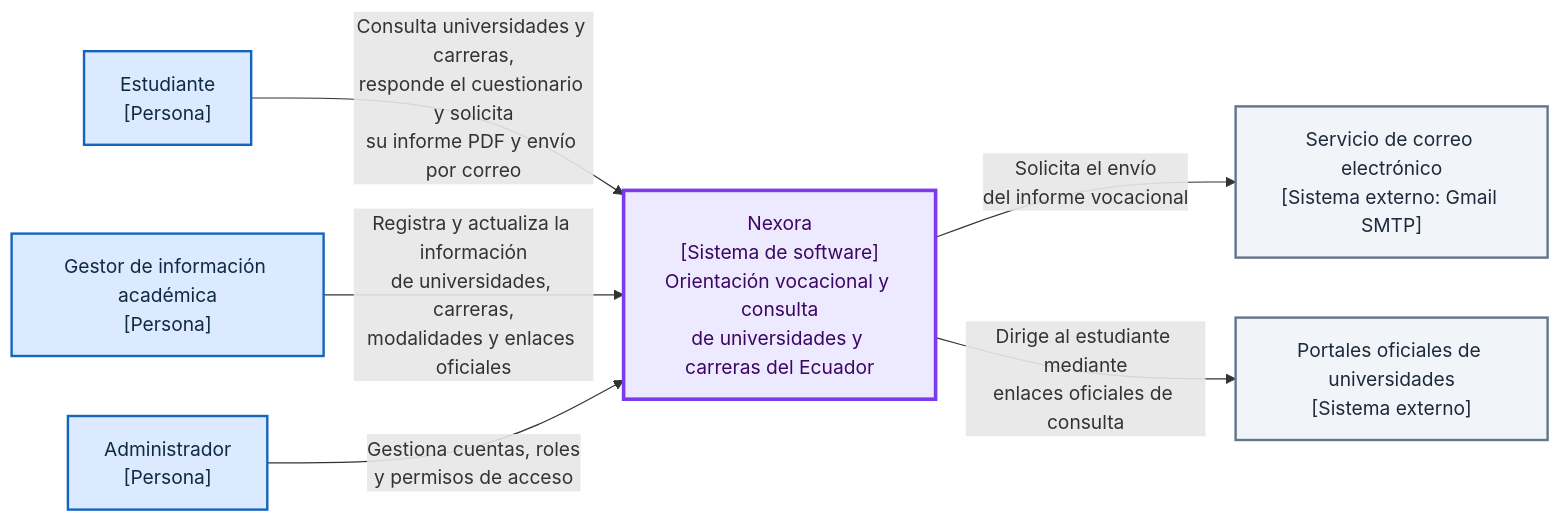
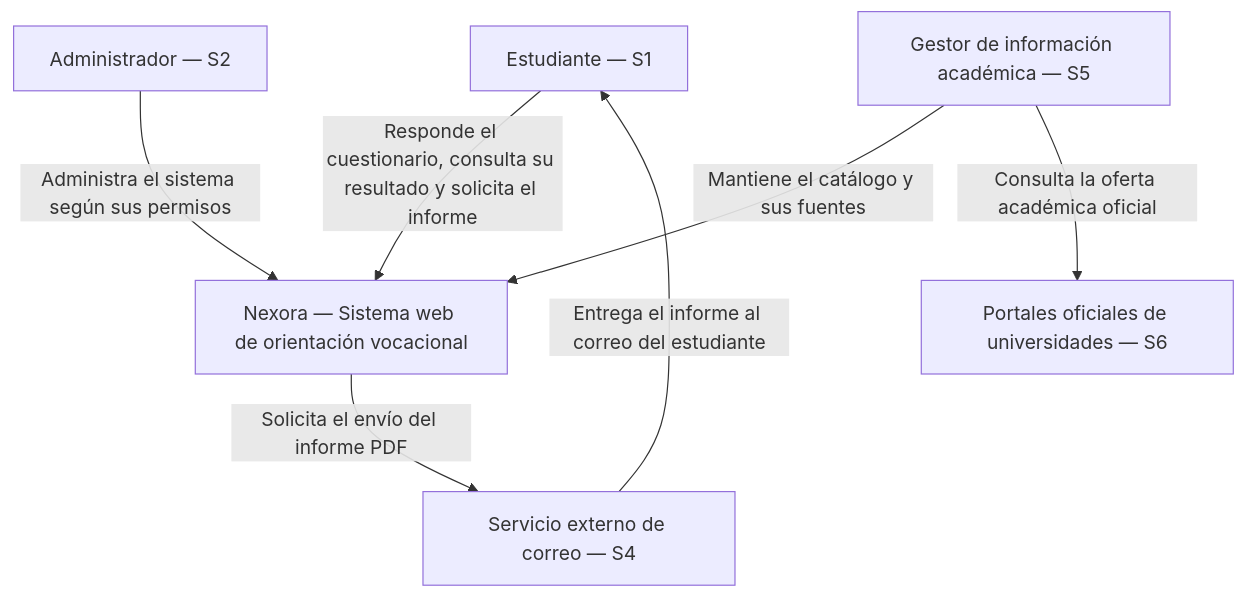
The diagram in docs/02-vistas-c4/nivel1.md (enriqueherreraec/nexora-arquitectura), drawn with Mermaid before and after one commit. The commit also changed other lines of this file, not shown here.

````diff
--- a/docs/02-vistas-c4/nivel1.md
+++ b/docs/02-vistas-c4/nivel1.md
@@ -3,32 +13,18 @@
 ```mermaid
-flowchart LR
-    E["Estudiante<br/>[Persona]"]
+flowchart TB
+    estudiante["Estudiante — S1"]
+    administrador["Administrador — S2"]
+    gestor["Gestor de información académica — S5"]
 
-    G["Gestor de información académica<br/>[Persona]"]
+    nexora["Nexora — Sistema web de orientación vocacional"]
 
-    A["Administrador<br/>[Persona]"]
+    correo["Servicio externo de correo — S4"]
+    portales["Portales oficiales de universidades — S6"]
 
-    N["Nexora<br/>[Sistema de software]<br/>Orientación vocacional y consulta<br/>de universidades y carreras del Ecuador"]
-
-    C["Servicio de correo electrónico<br/>[Sistema externo: Gmail SMTP]"]
-
-    P["Portales oficiales de universidades<br/>[Sistema externo]"]
-
-    E -->|"Consulta universidades y carreras,<br/>responde el cuestionario y solicita<br/>su informe PDF y envío por correo"| N
-
-    G -->|"Registra y actualiza la información<br/>de universidades, carreras,<br/>modalidades y enlaces oficiales"| N
-
-    A -->|"Gestiona cuentas, roles<br/>y permisos de acceso"| N
-
-    N -->|"Solicita el envío<br/>del informe vocacional"| C
-
-    N -->|"Dirige al estudiante mediante<br/>enlaces oficiales de consulta"| P
-
-    classDef persona fill:#DBEAFE,stroke:#1565C0,stroke-width:2px,color:#102A43;
-    classDef sistema fill:#EDE9FE,stroke:#7C3AED,stroke-width:3px,color:#3B0764;
-    classDef externo fill:#F1F5F9,stroke:#64748B,stroke-width:2px,color:#1E293B;
-
-    class E,G,A persona;
-    class N sistema;
-    class C,P externo;
+    estudiante -->|"Responde el cuestionario, consulta su resultado y solicita el informe"| nexora
+    administrador -->|"Administra el sistema según sus permisos"| nexora
+    gestor -->|"Mantiene el catálogo y sus fuentes"| nexora
+    gestor -->|"Consulta la oferta académica oficial"| portales
+    nexora -->|"Solicita el envío del informe PDF"| correo
+    correo -->|"Entrega el informe al correo del estudiante"| estudiante
 ```
````
